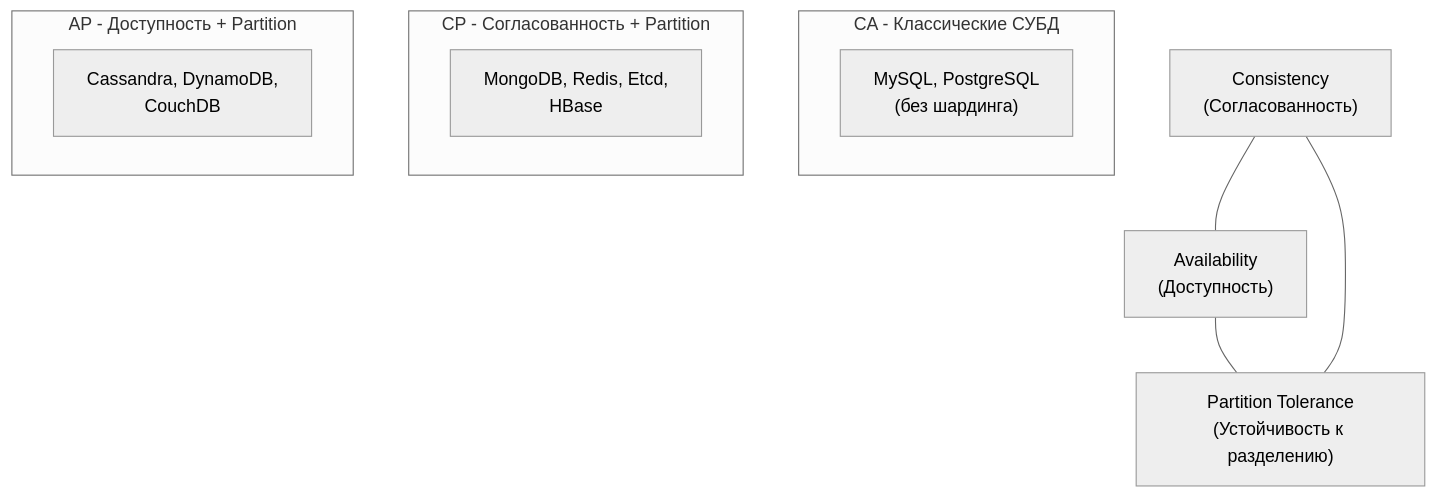
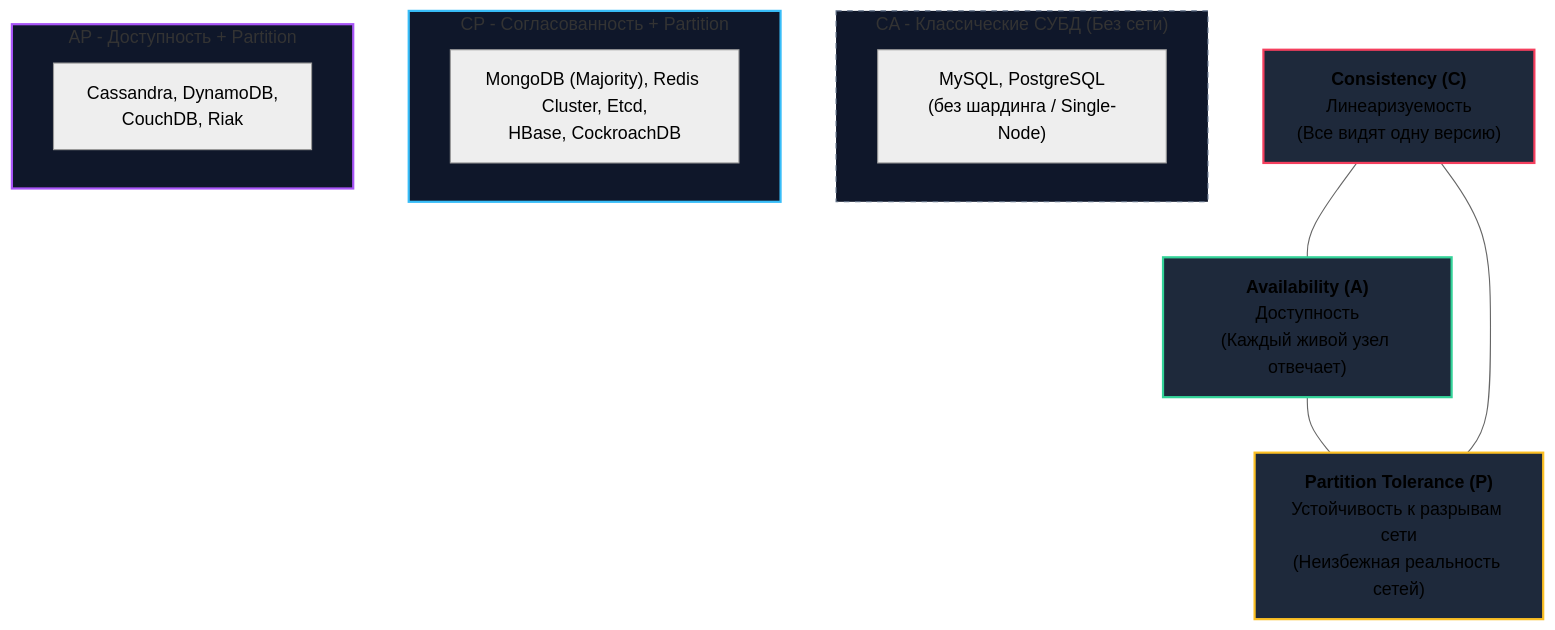
The first of 3 diagrams in sources/12. Базы данных/08. Распределенные базы данных/7. CAP теорема.md (UnrealTemplier/go-textbook), drawn with Mermaid (neutral theme) before and after one commit. The commit also changed other lines of this file, not shown here.

````diff
--- a/sources/12. Базы данных/08. Распределенные базы данных/7. CAP теорема.md
+++ b/sources/12. Базы данных/08. Распределенные базы данных/7. CAP теорема.md
@@ -11,18 +13,25 @@
 ```mermaid
 graph TD
-    C["Consistency<br>(Согласованность)"] --- A["Availability<br>(Доступность)"]
-    A --- P["Partition Tolerance<br>(Устойчивость к разделению)"]
+    C["<b>Consistency (C)</b><br>Линеаризуемость<br>(Все видят одну версию)"] --- A["<b>Availability (A)</b><br>Доступность<br>(Каждый живой узел отвечает)"]
+    A --- P["<b>Partition Tolerance (P)</b><br>Устойчивость к разрывам сети<br>(Неизбежная реальность сетей)"]
     P --- C
 
-    subgraph CA ["CA - Классические СУБД"]
-        CA_Text["MySQL, PostgreSQL<br>(без шардинга)"]
+    subgraph CA ["CA - Классические СУБД (Без сети)"]
+        CA_Text["MySQL, PostgreSQL<br>(без шардинга / Single-Node)"]
     end
 
     subgraph CP ["CP - Согласованность + Partition"]
-        CP_Text["MongoDB, Redis, Etcd,<br>HBase"]
+        CP_Text["MongoDB (Majority), Redis Cluster, Etcd,<br>HBase, CockroachDB"]
     end
 
     subgraph AP ["AP - Доступность + Partition"]
-        AP_Text["Cassandra, DynamoDB,<br>CouchDB"]
+        AP_Text["Cassandra, DynamoDB,<br>CouchDB, Riak"]
     end
+
+    style C fill:#1e293b,stroke:#f43f5e,stroke-width:2px
+    style A fill:#1e293b,stroke:#34d399,stroke-width:2px
+    style P fill:#1e293b,stroke:#fbbf24,stroke-width:2px
+    style CA fill:#0f172a,stroke:#64748b,stroke-dasharray: 5 5
+    style CP fill:#0f172a,stroke:#38bdf8,stroke-width:2px
+    style AP fill:#0f172a,stroke:#a855f7,stroke-width:2px
 ```
````
